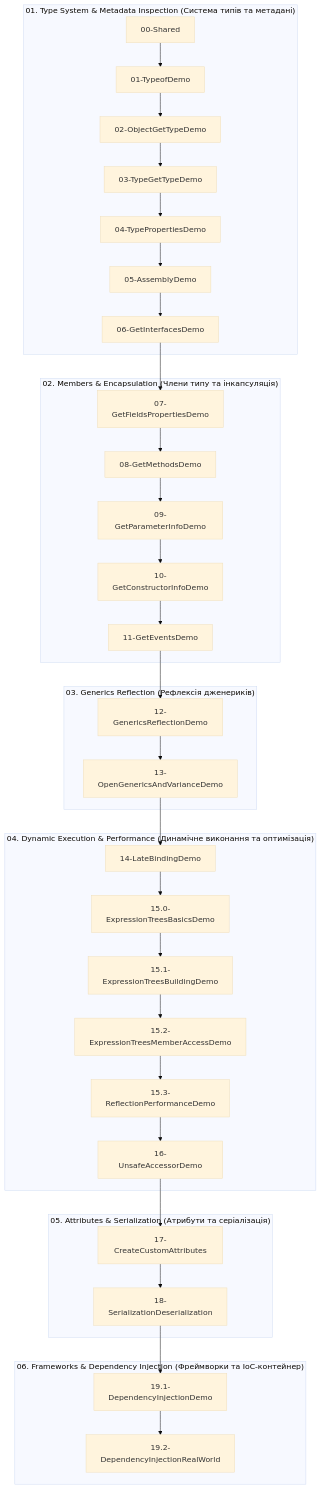
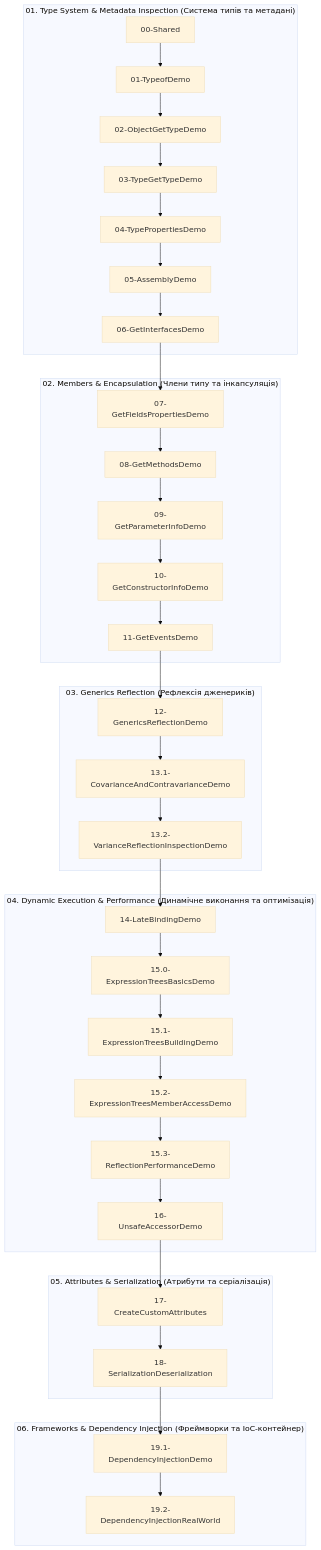
Before and after one commit to MrTomkaYurii/CSharp-OOP-Mastery: the diagram in 06-Advanced-DotNet/02-Reflection-And-Metadata/README.md, drawn with Mermaid (base theme). The commit also changed other lines of this file and 10 other files, not shown here.

First line of the commit message:
feat(reflection): split example 13 into 13.1 (OOP variance basics) and 13.2 (variance reflection inspection)

````diff
--- a/06-Advanced-DotNet/02-Reflection-And-Metadata/README.md
+++ b/06-Advanced-DotNet/02-Reflection-And-Metadata/README.md
@@ -28,68 +28,70 @@
 ```mermaid
 graph TD
     subgraph S1["01. Type System & Metadata Inspection (Система типів та метадані)"]
         P0["00-Shared"]
         P1["01-TypeofDemo"]
         P2["02-ObjectGetTypeDemo"]
         P3["03-TypeGetTypeDemo"]
         P4["04-TypePropertiesDemo"]
         P5["05-AssemblyDemo"]
         P6["06-GetInterfacesDemo"]
     end
 
     subgraph S2["02. Members & Encapsulation (Члени типу та інкапсуляція)"]
         P7["07-GetFieldsPropertiesDemo"]
         P8["08-GetMethodsDemo"]
         P9["09-GetParameterInfoDemo"]
         P10["10-GetConstructorInfoDemo"]
         P11["11-GetEventsDemo"]
     end
 
     subgraph S3["03. Generics Reflection (Рефлексія дженериків)"]
         P12["12-GenericsReflectionDemo"]
-        P13["13-OpenGenericsAndVarianceDemo"]
+        P13_1["13.1-CovarianceAndContravarianceDemo"]
+        P13_2["13.2-VarianceReflectionInspectionDemo"]
     end
 
     subgraph S4["04. Dynamic Execution & Performance (Динамічне виконання та оптимізація)"]
         P14["14-LateBindingDemo"]
         P15_0["15.0-ExpressionTreesBasicsDemo"]
         P15_1["15.1-ExpressionTreesBuildingDemo"]
         P15_2["15.2-ExpressionTreesMemberAccessDemo"]
         P15_3["15.3-ReflectionPerformanceDemo"]
         P16["16-UnsafeAccessorDemo"]
     end
 
     subgraph S5["05. Attributes & Serialization (Атрибути та серіалізація)"]
         P17["17-CreateCustomAttributes"]
         P18["18-SerializationDeserialization"]
     end
 
     subgraph S6["06. Frameworks & Dependency Injection (Фреймворки та IoC-контейнер)"]
         P19_1["19.1-DependencyInjectionDemo"]
         P19_2["19.2-DependencyInjectionRealWorld"]
     end
 
     P0 --> P1
     P1 --> P2
     P2 --> P3
     P3 --> P4
     P4 --> P5
     P5 --> P6
     P6 --> P7
     P7 --> P8
     P8 --> P9
     P9 --> P10
     P10 --> P11
     P11 --> P12
-    P12 --> P13
-    P13 --> P14
+    P12 --> P13_1
+    P13_1 --> P13_2
+    P13_2 --> P14
     P14 --> P15_0
     P15_0 --> P15_1
     P15_1 --> P15_2
     P15_2 --> P15_3
     P15_3 --> P16
     P16 --> P17
     P17 --> P18
     P18 --> P19_1
     P19_1 --> P19_2
 ```
````
